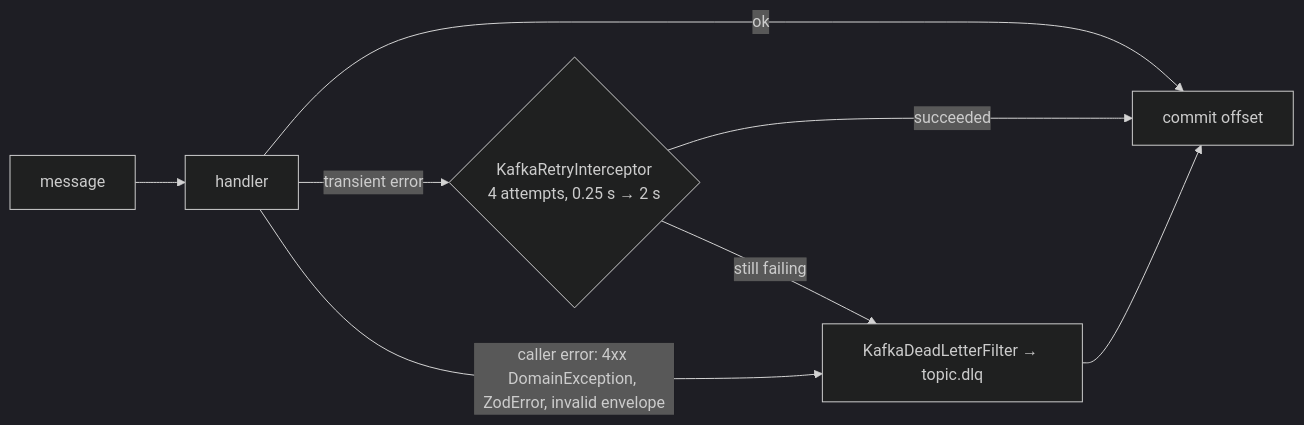
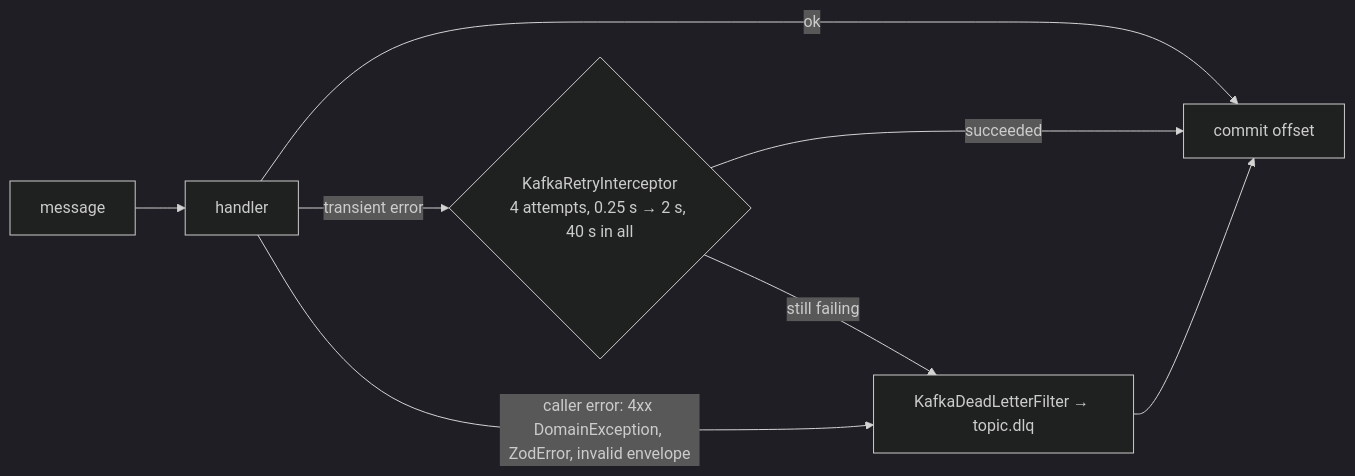
The third of 3 diagrams in docs/PERFORMANCE.md (alonecandies/nestjs-boilerplate), drawn with Mermaid (dark theme) before and after one commit. The commit also changed other lines of this file and 17 other files, not shown here.

````diff
--- a/docs/PERFORMANCE.md
+++ b/docs/PERFORMANCE.md
@@ -368,9 +368,9 @@
 ```mermaid
 flowchart LR
   M[message] --> H[handler]
   H -- ok --> C[commit offset]
-  H -- transient error --> R{KafkaRetryInterceptor<br/>4 attempts, 0.25 s → 2 s}
+  H -- transient error --> R{KafkaRetryInterceptor<br/>4 attempts, 0.25 s → 2 s, 40 s in all}
   R -- succeeded --> C
   R -- still failing --> D[KafkaDeadLetterFilter → topic.dlq] --> C
   H -- caller error: 4xx DomainException, ZodError, invalid envelope --> D
 ```
````
